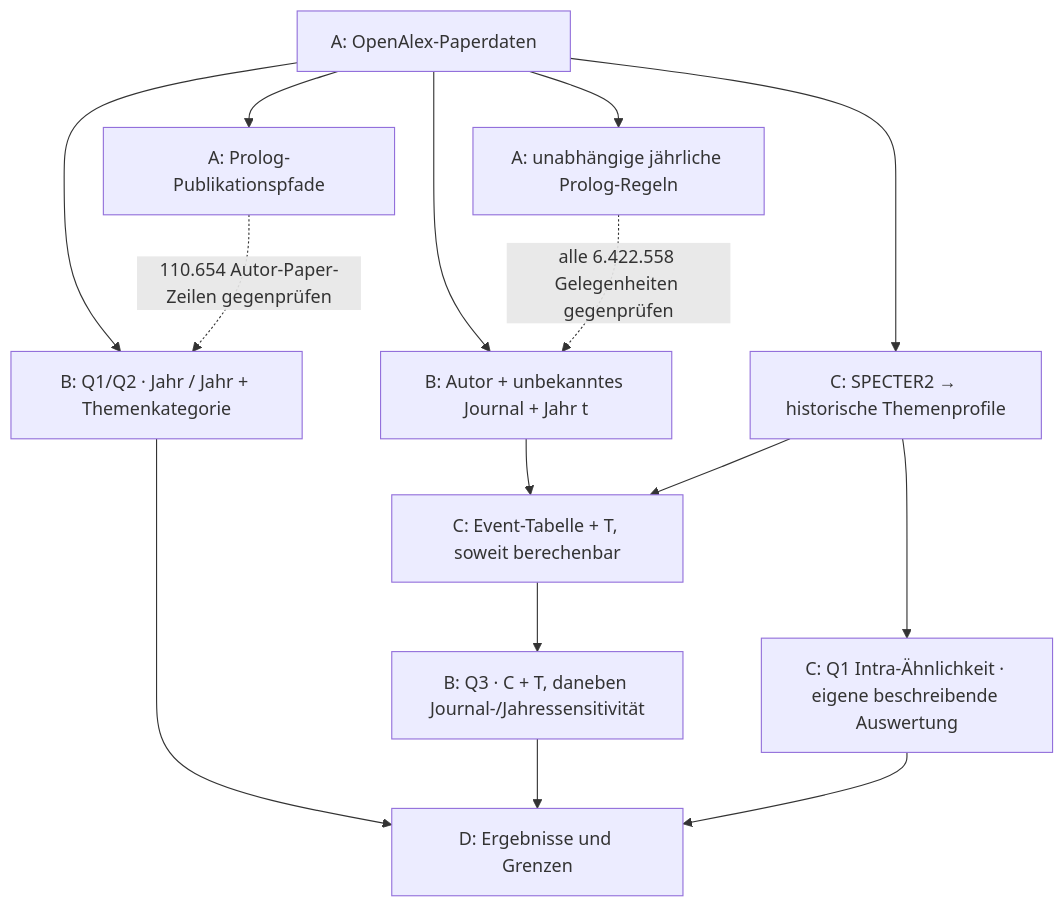
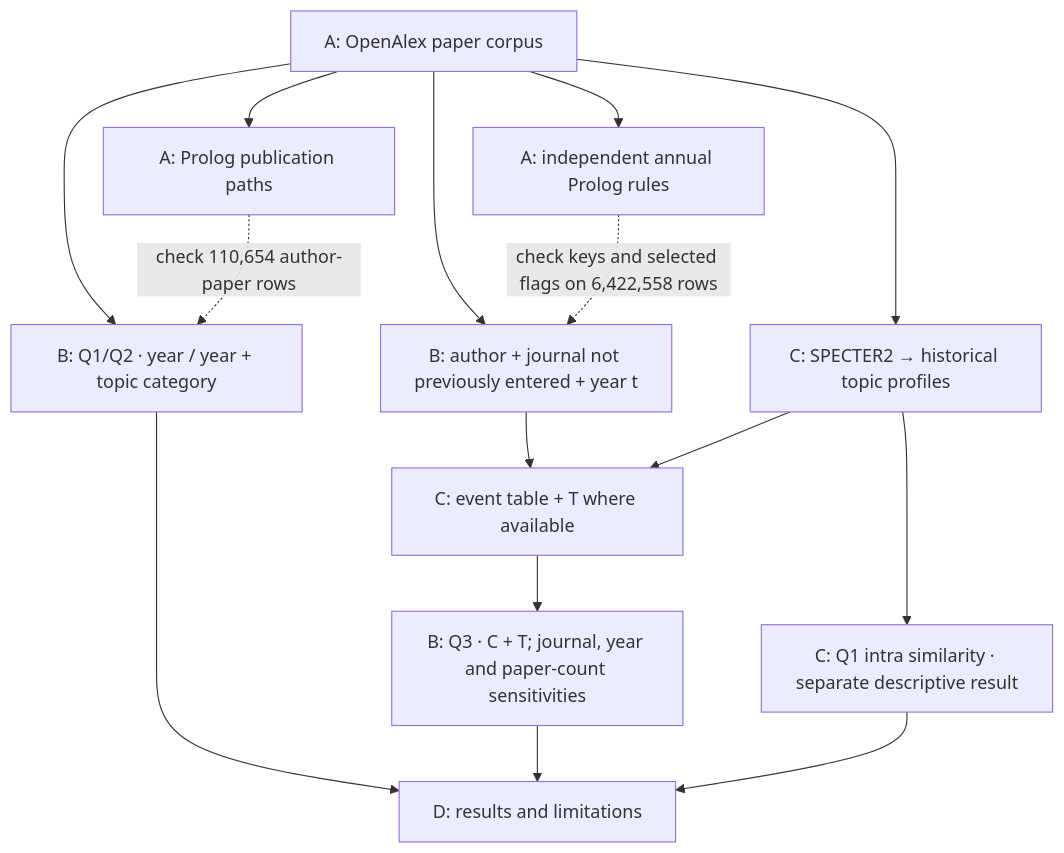
One commit to Mista-Kev/academic-journals changed the diagram in README.md. Above: the diagram before and after it, drawn with Mermaid. The commit also changed other lines of this file and 3 other files, not shown here.

````diff
--- a/README.md
+++ b/README.md
@@ -73,17 +116,17 @@
 ```mermaid
 flowchart TD
-    P["A: OpenAlex-Paperdaten"] --> Q["B: Q1/Q2 · Jahr / Jahr + Themenkategorie"]
-    P --> L["A: Prolog-Publikationspfade"]
-    L -. "110.654 Autor-Paper-Zeilen gegenprüfen" .-> Q
-    P --> E["B: Autor + unbekanntes Journal + Jahr t"]
-    P --> V["C: SPECTER2 → historische Themenprofile"]
-    E --> T["C: Event-Tabelle + T, soweit berechenbar"]
+    P["A: OpenAlex paper corpus"] --> Q["B: Q1/Q2 · year / year + topic category"]
+    P --> L["A: Prolog publication paths"]
+    L -. "check 110,654 author-paper rows" .-> Q
+    P --> E["B: author + journal not previously entered + year t"]
+    P --> V["C: SPECTER2 → historical topic profiles"]
+    E --> T["C: event table + T where available"]
     V --> T
-    P --> R["A: unabhängige jährliche Prolog-Regeln"]
-    R -. "alle 6.422.558 Gelegenheiten gegenprüfen" .-> E
-    T --> M["B: Q3 · C + T, daneben Journal-/Jahressensitivität"]
-    V --> I["C: Q1 Intra-Ähnlichkeit · eigene beschreibende Auswertung"]
-    Q --> O["D: Ergebnisse und Grenzen"]
+    P --> R["A: independent annual Prolog rules"]
+    R -. "check keys and selected flags on 6,422,558 rows" .-> E
+    T --> M["B: Q3 · C + T; journal, year and paper-count sensitivities"]
+    V --> I["C: Q1 intra similarity · separate descriptive result"]
+    Q --> O["D: results and limitations"]
     M --> O
     I --> O
 ```
````
